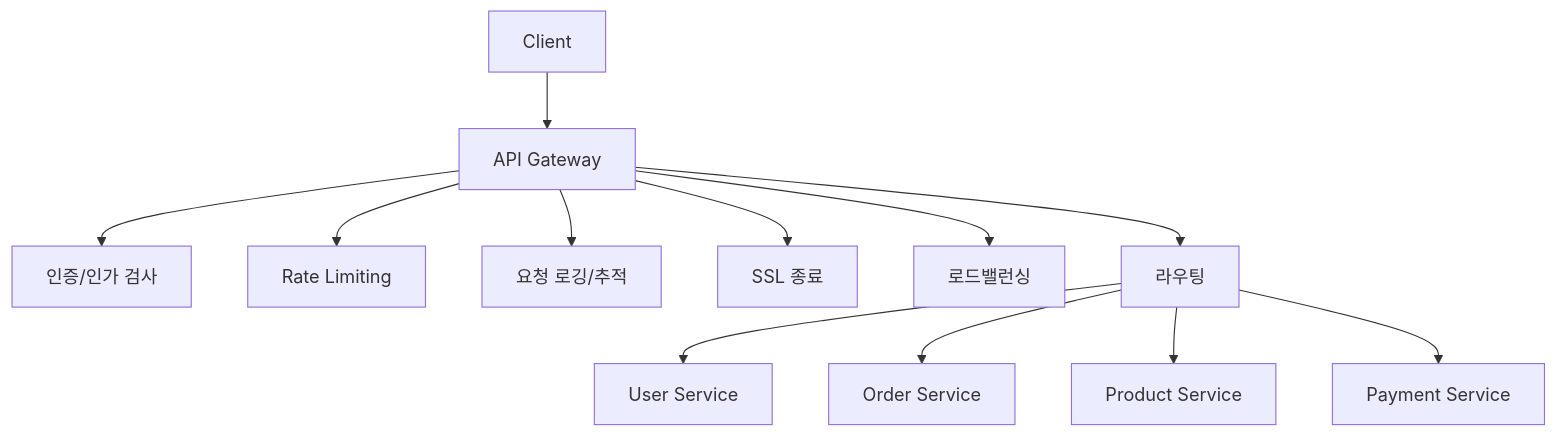
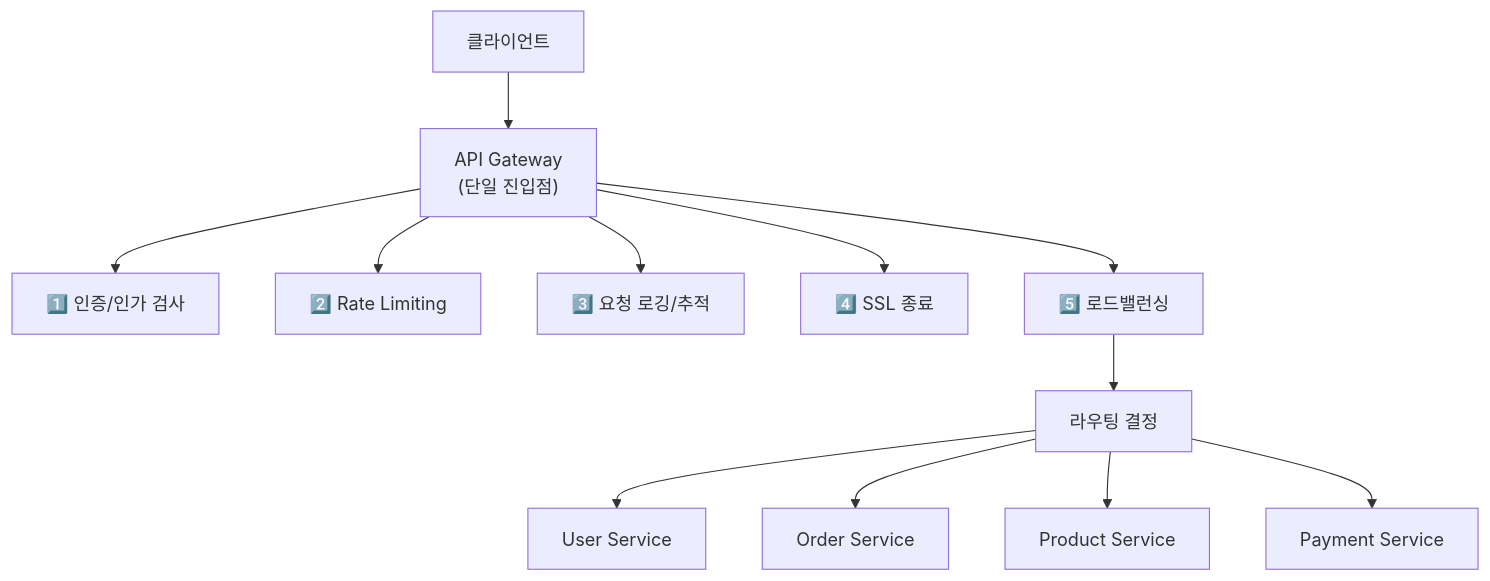
The first of 3 diagrams in _posts/spring/2026-05-01-spring-cloud-gateway.md (yjkim2015/yjkim2015.github.io), drawn with Mermaid before and after one commit. The commit also changed other lines of this file and 34 other files, not shown here.

First line of the commit message:
Full quality pass: 41 files — ASCII removed, 동작원리 보강, diagrams

```diff
--- a/_posts/spring/2026-05-01-spring-cloud-gateway.md
+++ b/_posts/spring/2026-05-01-spring-cloud-gateway.md
@@ -19,14 +21,14 @@
 <div class="mermaid">
 graph TD
-    C[Client] --> GW[API Gateway]
-    GW --> A1[인증/인가 검사]
-    GW --> A2[Rate Limiting]
-    GW --> A3[요청 로깅/추적]
-    GW --> A4[SSL 종료]
-    GW --> A5[로드밸런싱]
-    GW --> R[라우팅]
-    R --> US[User Service]
-    R --> OS[Order Service]
-    R --> PS[Product Service]
-    R --> PAY[Payment Service]
+    C["클라이언트"] --> GW["API Gateway\n(단일 진입점)"]
+    GW --> A1["1️⃣ 인증/인가 검사"]
+    GW --> A2["2️⃣ Rate Limiting"]
+    GW --> A3["3️⃣ 요청 로깅/추적"]
+    GW --> A4["4️⃣ SSL 종료"]
+    GW --> A5["5️⃣ 로드밸런싱"]
+    A5 --> R["라우팅 결정"]
+    R --> US["User Service"]
+    R --> OS["Order Service"]
+    R --> PS["Product Service"]
+    R --> PAY["Payment Service"]
 </div>
```
